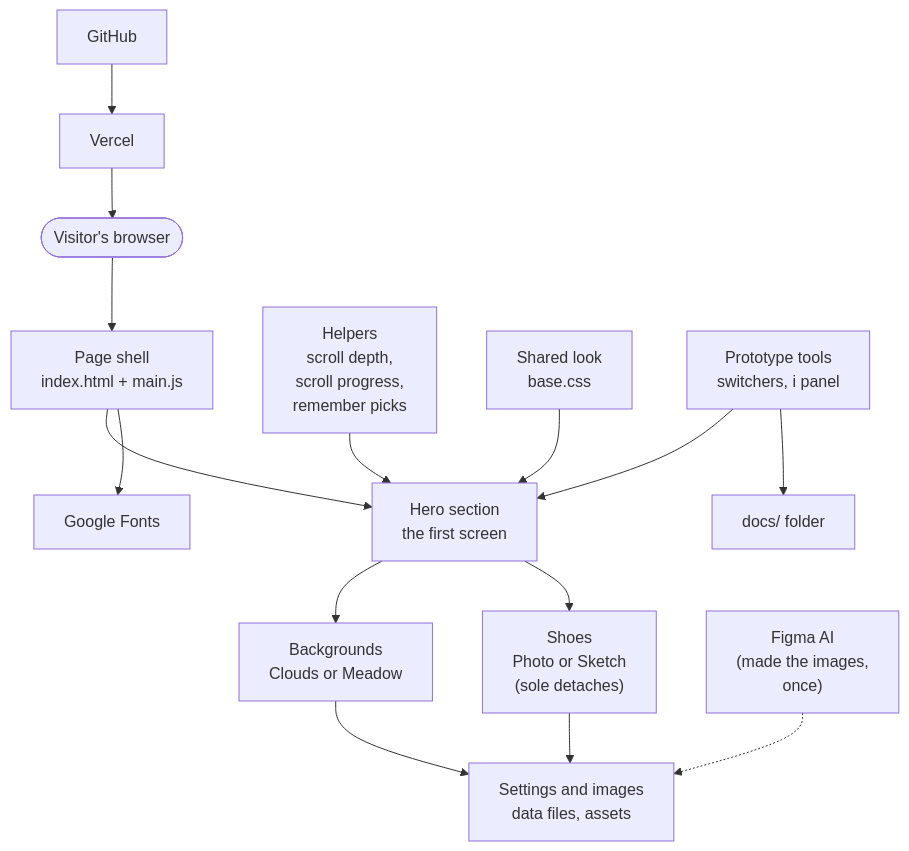
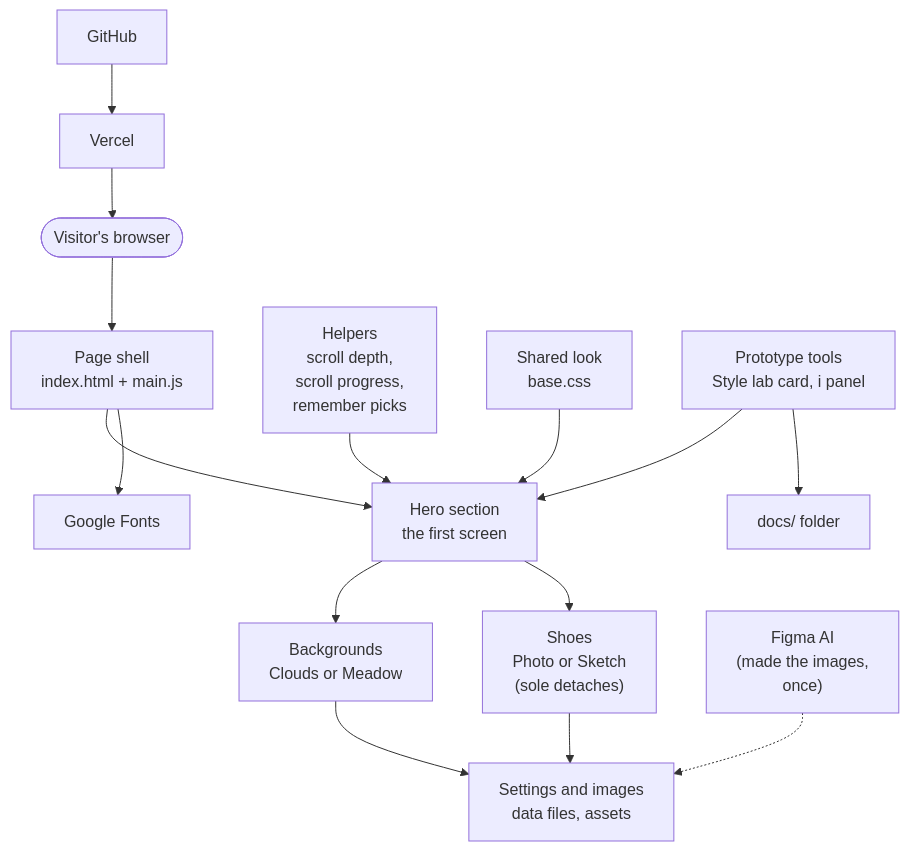
The diagram in docs/architecture.md (Veruzka/magic-shoes-presentation), drawn with Mermaid before and after one commit. The commit also changed other lines of this file and 7 other files, not shown here.

Commit message:
Style lab: switchers in a frosted glass card with segmented pills

````diff
--- a/docs/architecture.md
+++ b/docs/architecture.md
@@ -3,30 +3,30 @@
 ```mermaid
 flowchart TD
   visitor(["Visitor's browser"])
   page["Page shell<br/>index.html + main.js"]
   hero["Hero section<br/>the first screen"]
   bg["Backgrounds<br/>Clouds or Meadow"]
   shoe["Shoes<br/>Photo or Sketch<br/>(sole detaches)"]
   data["Settings and images<br/>data files, assets"]
   helpers["Helpers<br/>scroll depth,<br/>scroll progress,<br/>remember picks"]
   styles["Shared look<br/>base.css"]
-  tools["Prototype tools<br/>switchers, i panel"]
+  tools["Prototype tools<br/>Style lab card, i panel"]
   docs["docs/ folder"]
   github["GitHub"]
   vercel["Vercel"]
   fonts["Google Fonts"]
   figma["Figma AI<br/>(made the images,<br/>once)"]
 
   visitor --> page --> hero
   hero --> bg
   hero --> shoe
   bg --> data
   shoe --> data
   helpers --> hero
   styles --> hero
   tools --> hero
   tools --> docs
   page --> fonts
   github --> vercel --> visitor
   figma -.-> data
 ```
````
